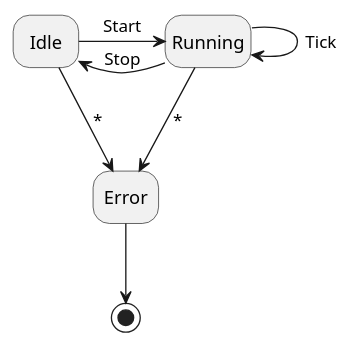
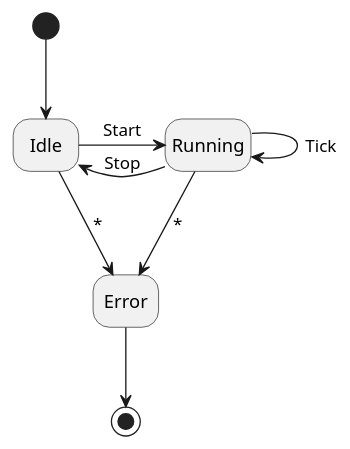
Before and after one commit to spritefullake/pomodoro: the diagram in ideas/timer_fsm.puml, drawn with PlantUML. The commit also changed 2 other files, not shown here.

Commit message:
removed timer name field & updated fsm diagram

```diff
--- a/ideas/timer_fsm.puml
+++ b/ideas/timer_fsm.puml
@@ -1,16 +1,15 @@
 @startuml
 skinparam state{
     FontName Georgia
 }
 hide empty description
 
+[*] --> Idle
 Idle -right-> Running : Start
 Running -left-> Idle : Stop
 Running --> Running : Tick
-
 Idle --> Error : *
 Running --> Error : *
-
 Error --> [*]
 
 @enduml
```
